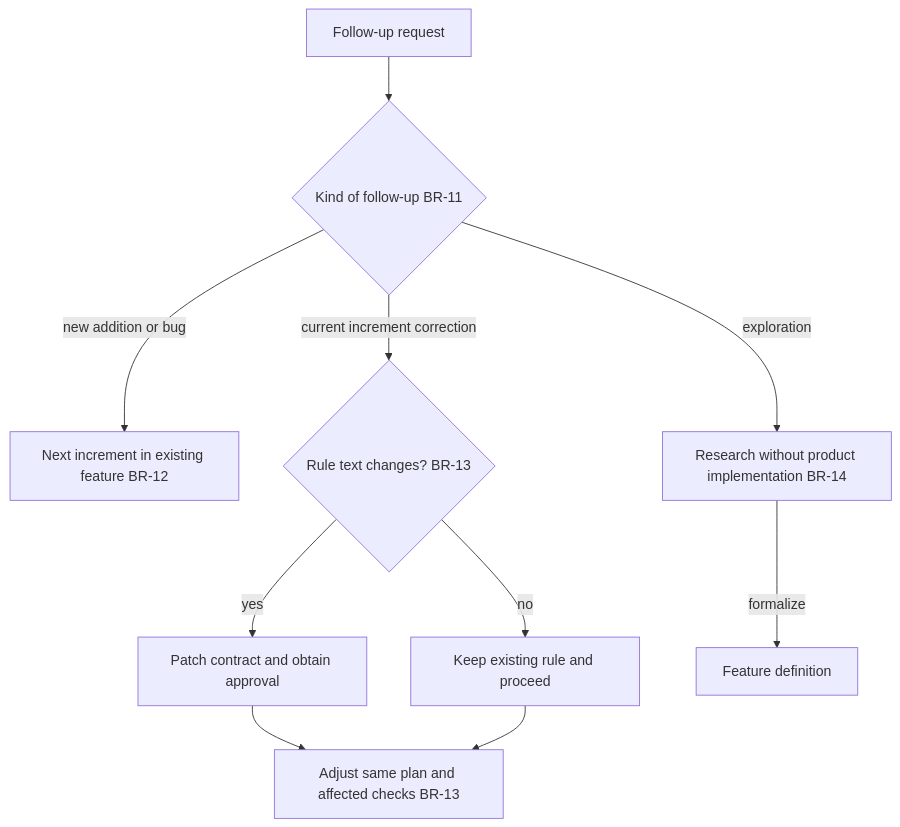
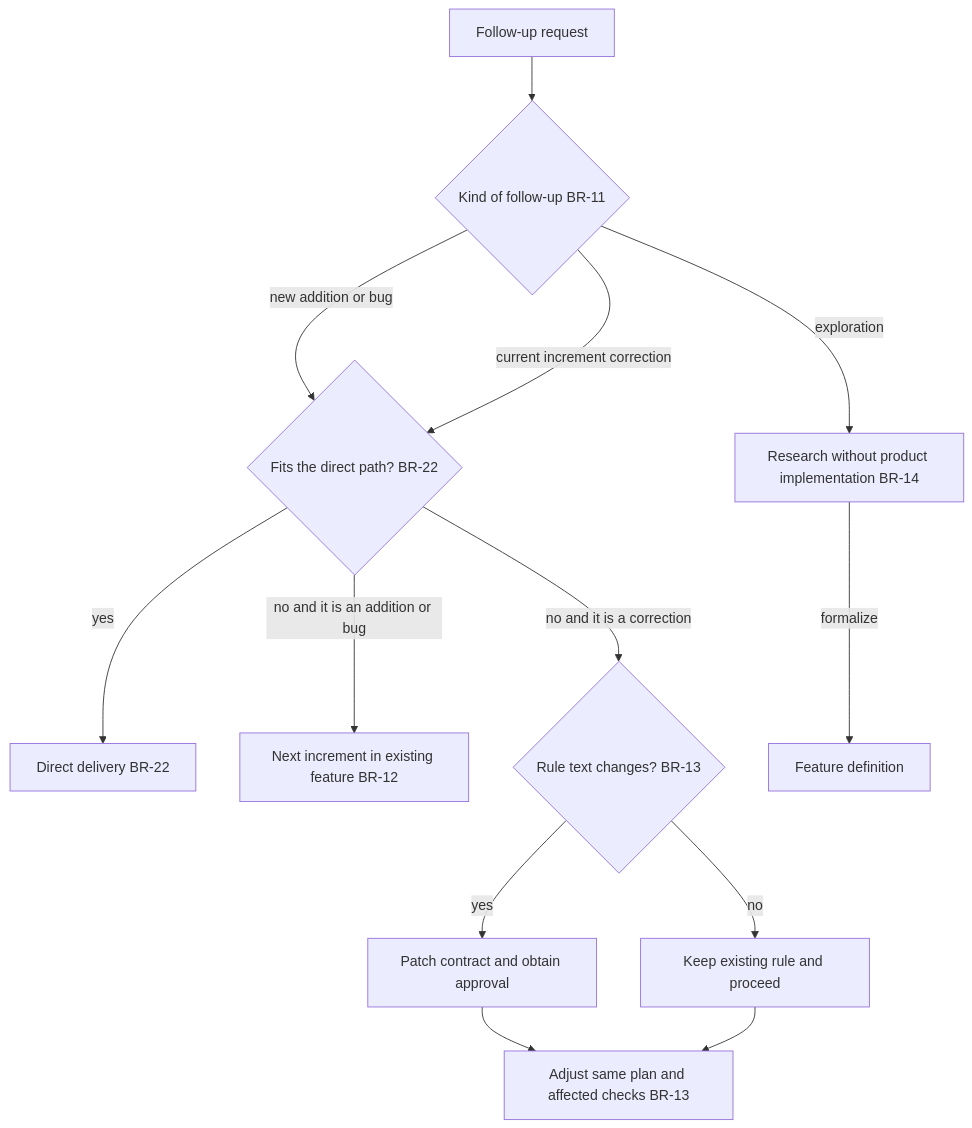
One commit to guscsales/hele-skills changed the second of 4 diagrams in .hele/features/guided-delivery/PRODUCT_DESCRIPTION.md. Above: the diagram before and after it, drawn with Mermaid. The commit also changed other lines of this file and 35 other files, not shown here.

````diff
--- a/.hele/features/guided-delivery/PRODUCT_DESCRIPTION.md
+++ b/.hele/features/guided-delivery/PRODUCT_DESCRIPTION.md
@@ -61,12 +63,15 @@
 ```mermaid
 flowchart TD
     A[Follow-up request] --> B{Kind of follow-up BR-11}
-    B -- new addition or bug --> C[Next increment in existing feature BR-12]
-    B -- current increment correction --> D{Rule text changes? BR-13}
+    B -- new addition or bug --> S{Fits the direct path? BR-22}
+    B -- current increment correction --> S
     B -- exploration --> E[Research without product implementation BR-14]
+    S -- yes --> T[Direct delivery BR-22]
+    S -- no and it is an addition or bug --> C[Next increment in existing feature BR-12]
+    S -- no and it is a correction --> D{Rule text changes? BR-13}
     D -- yes --> F[Patch contract and obtain approval]
     D -- no --> G[Keep existing rule and proceed]
     F --> H[Adjust same plan and affected checks BR-13]
     G --> H
     E -- formalize --> I[Feature definition]
 ```
````
